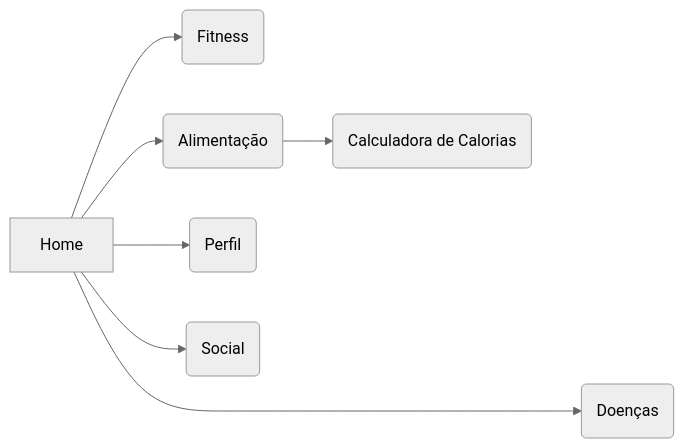
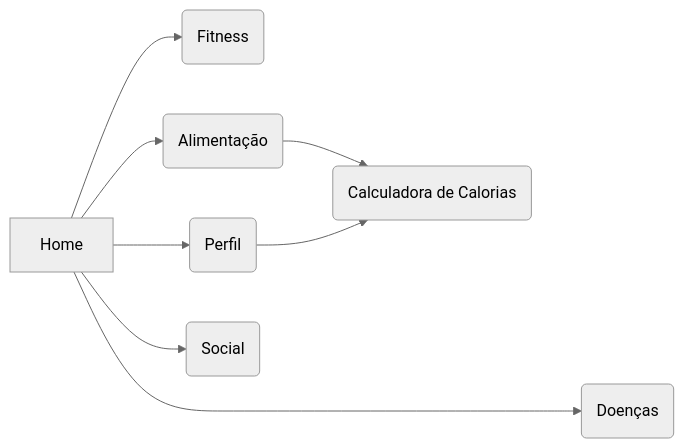
The diagram in README.md (JP1005YT/TCC-DS-DEPRECAD), drawn with Mermaid (neutral theme) before and after one commit.

````diff
--- a/README.md
+++ b/README.md
@@ -9,9 +9,10 @@
 ```mermaid
     graph LR
     A[Home] ----> B(Doenças)
     A --> C(Fitness)
     A --> D(Alimentação)
     D --> E(Calculadora de Calorias)
     A --> F(Perfil)
+    F --> E
     A --> G(Social)
 ```
````
